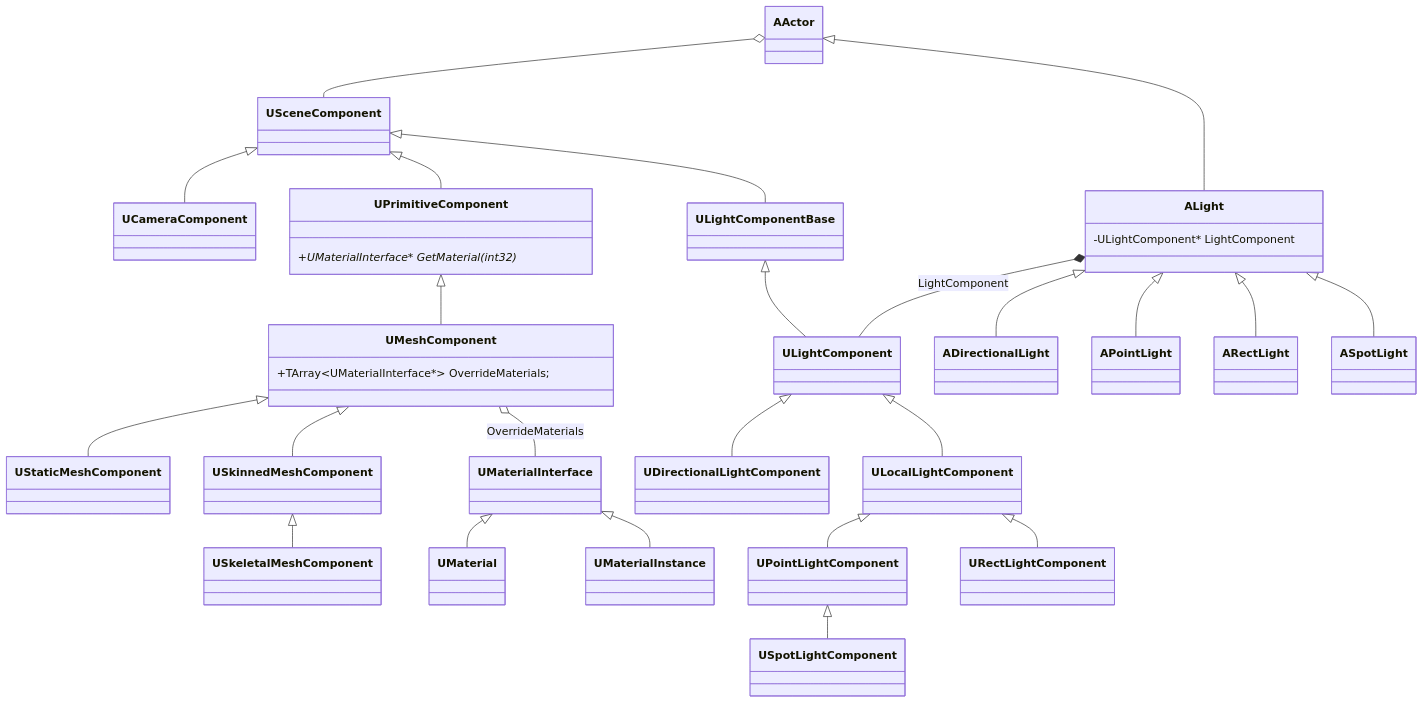
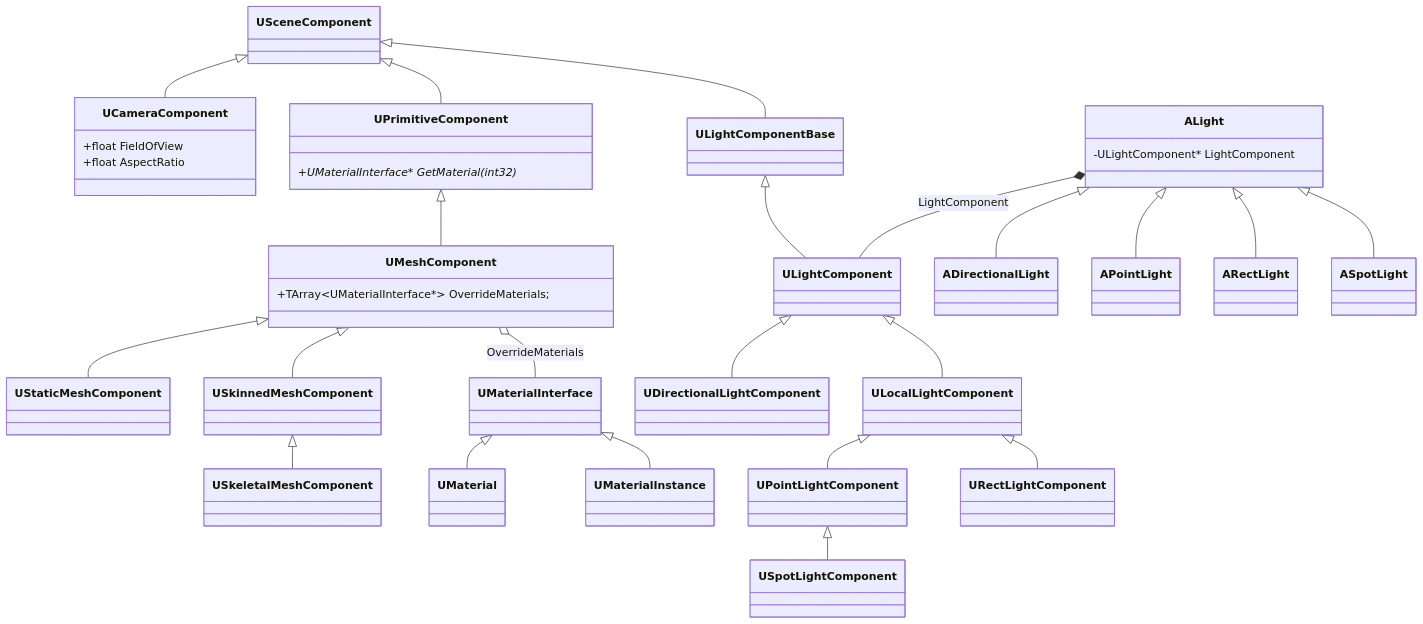
Before and after one commit to LiPlus123/Notes-on-UE5: the first of 15 diagrams in Rendering/rendering_overview.md, drawn with Mermaid. The commit also changed other lines of this file and 13 other files, not shown here.

````diff
--- a/Rendering/rendering_overview.md
+++ b/Rendering/rendering_overview.md
@@ -10,42 +10,46 @@
 ```mermaid
 classDiagram
-    AActor o-- USceneComponent
     USceneComponent <|-- UCameraComponent
     USceneComponent <|-- UPrimitiveComponent
     UPrimitiveComponent  <|-- UMeshComponent
     UMeshComponent <|-- UStaticMeshComponent
     UMeshComponent <|-- USkinnedMeshComponent
     USkinnedMeshComponent <|-- USkeletalMeshComponent
     UMeshComponent o-- UMaterialInterface : OverrideMaterials
     UMaterialInterface <|-- UMaterial
     UMaterialInterface <|-- UMaterialInstance
     USceneComponent <|-- ULightComponentBase
     ULightComponentBase <|-- ULightComponent
     ULightComponent <|-- UDirectionalLightComponent
     ALight *-- ULightComponent : LightComponent
-    AActor <|-- ALight
+
     ALight <|-- ADirectionalLight
     ALight <|-- APointLight
     ALight <|-- ARectLight
     ALight <|-- ASpotLight
     ULightComponent <|-- ULocalLightComponent
     ULocalLightComponent <|-- UPointLightComponent
     ULocalLightComponent <|-- URectLightComponent
     UPointLightComponent <|-- USpotLightComponent
+
+    class UCameraComponent {
+        +float FieldOfView
+        +float AspectRatio
+    }
 
     class UPrimitiveComponent {
         +UMaterialInterface* GetMaterial(int32)*
     }
 
     class UMeshComponent {
         +TArray~UMaterialInterface*~ OverrideMaterials;
     }
 
     class ULightComponent {
 
     }
 
     class ALight {
         -ULightComponent* LightComponent
     }
 ```
````
